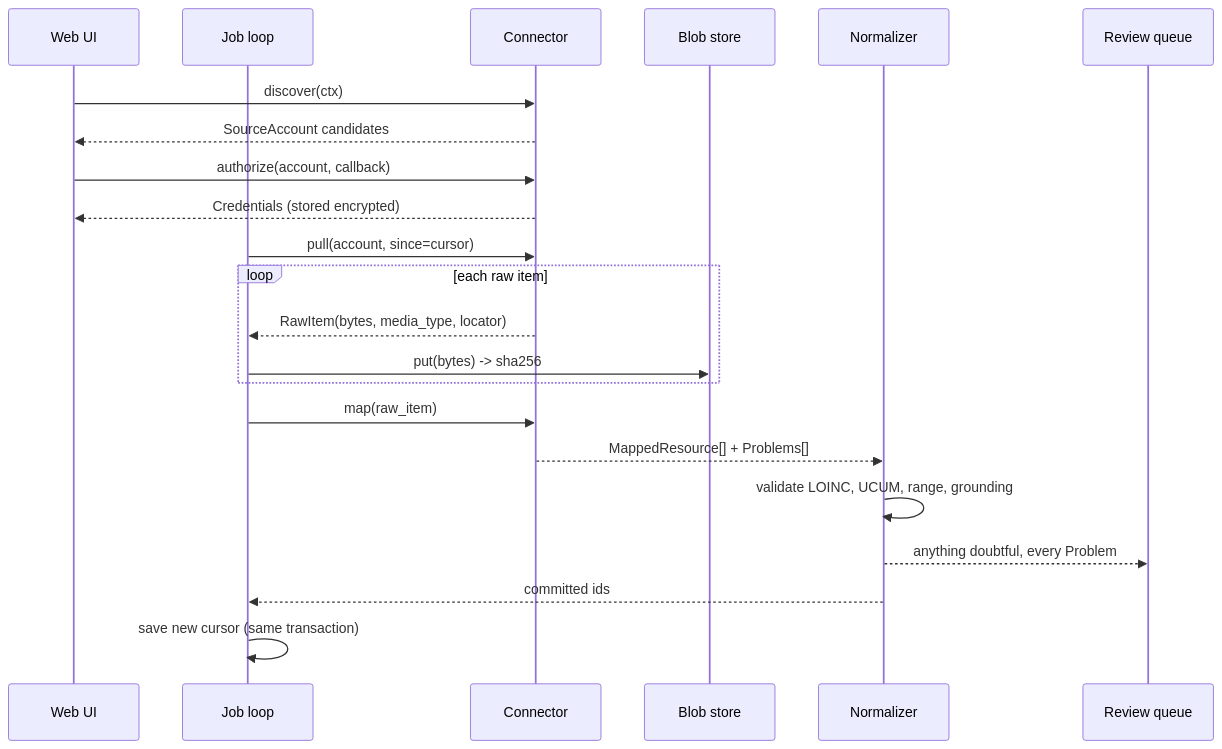
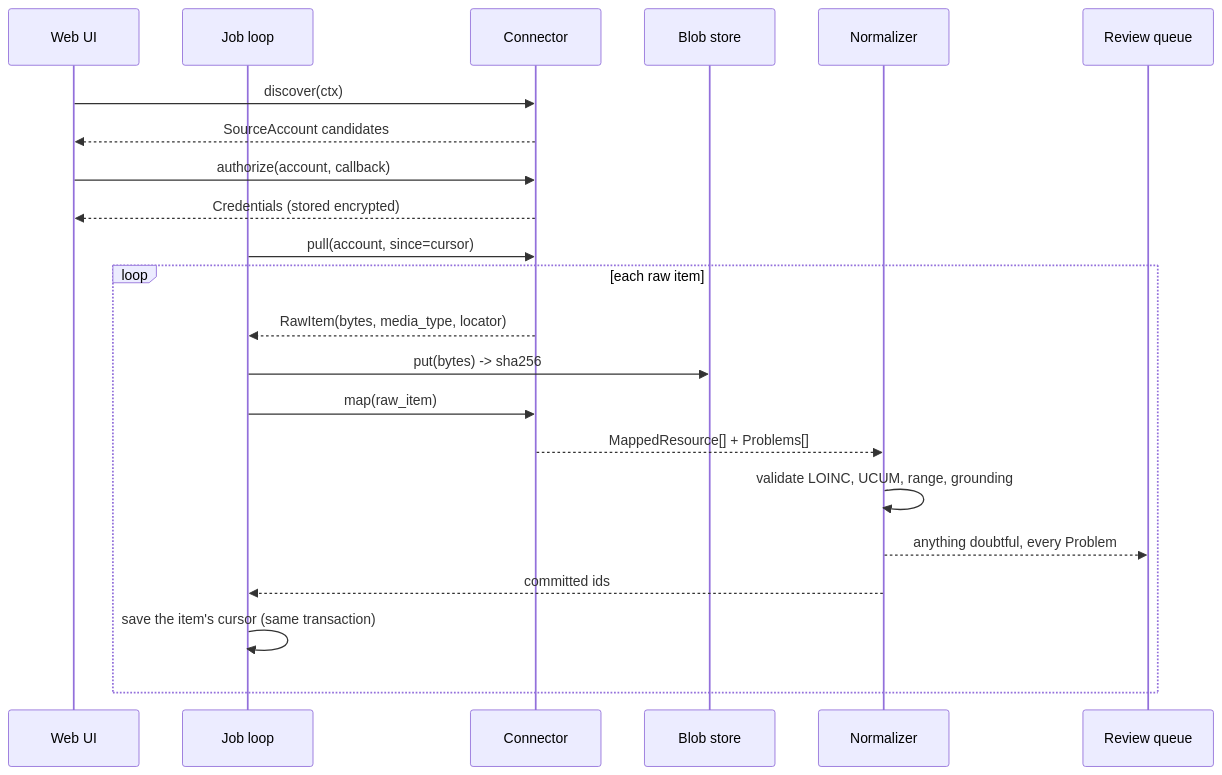
One commit to GeiserX/OwnHealth changed the second of 2 diagrams in docs/design/connectors.md. Above: the diagram before and after it, drawn with Mermaid. The commit also changed other lines of this file and 8 other files, not shown here.

````diff
--- a/docs/design/connectors.md
+++ b/docs/design/connectors.md
@@ -288,24 +288,24 @@
 ```mermaid
 sequenceDiagram
   participant UI as Web UI
   participant J as Job loop
   participant C as Connector
   participant B as Blob store
   participant N as Normalizer
   participant Q as Review queue
   UI->>C: discover(ctx)
   C-->>UI: SourceAccount candidates
   UI->>C: authorize(account, callback)
   C-->>UI: Credentials (stored encrypted)
   J->>C: pull(account, since=cursor)
   loop each raw item
     C-->>J: RawItem(bytes, media_type, locator)
     J->>B: put(bytes) -> sha256
+    J->>C: map(raw_item)
+    C-->>N: MappedResource[] + Problems[]
+    N->>N: validate LOINC, UCUM, range, grounding
+    N-->>Q: anything doubtful, every Problem
+    N-->>J: committed ids
+    J->>J: save the item's cursor (same transaction)
   end
-  J->>C: map(raw_item)
-  C-->>N: MappedResource[] + Problems[]
-  N->>N: validate LOINC, UCUM, range, grounding
-  N-->>Q: anything doubtful, every Problem
-  N-->>J: committed ids
-  J->>J: save new cursor (same transaction)
 ```
````
